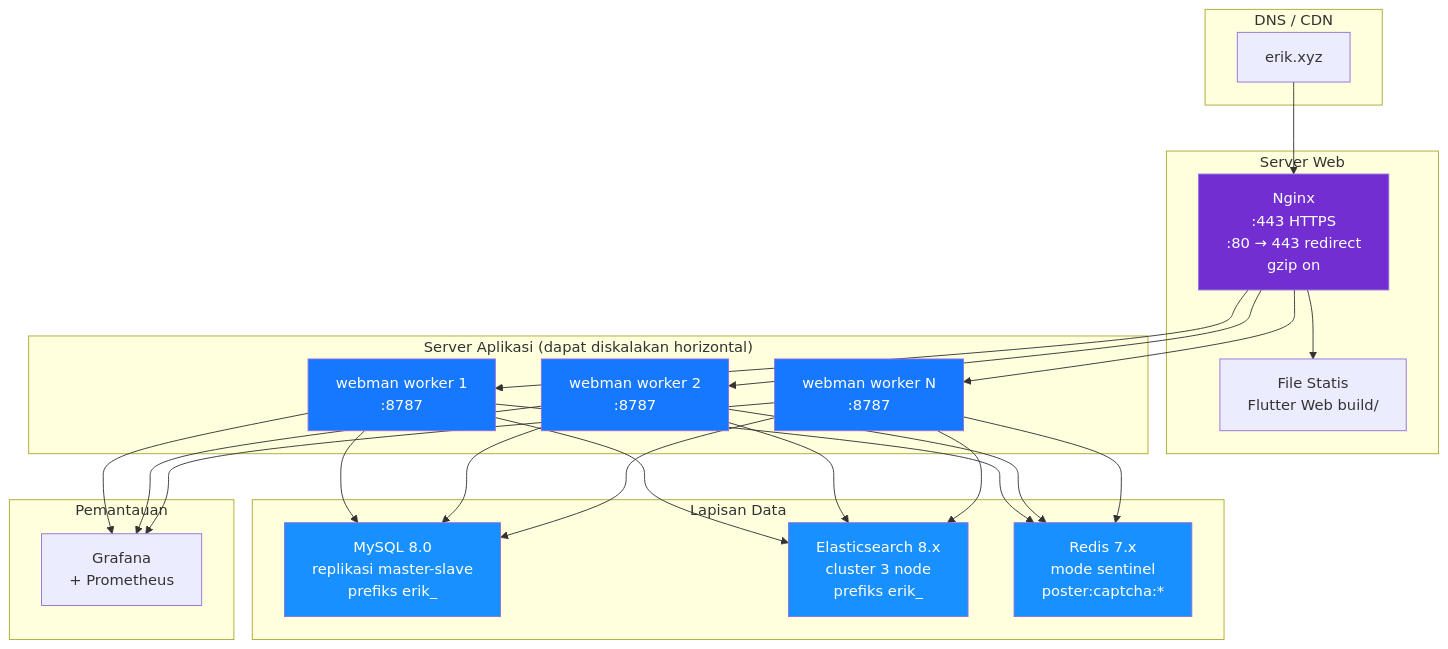
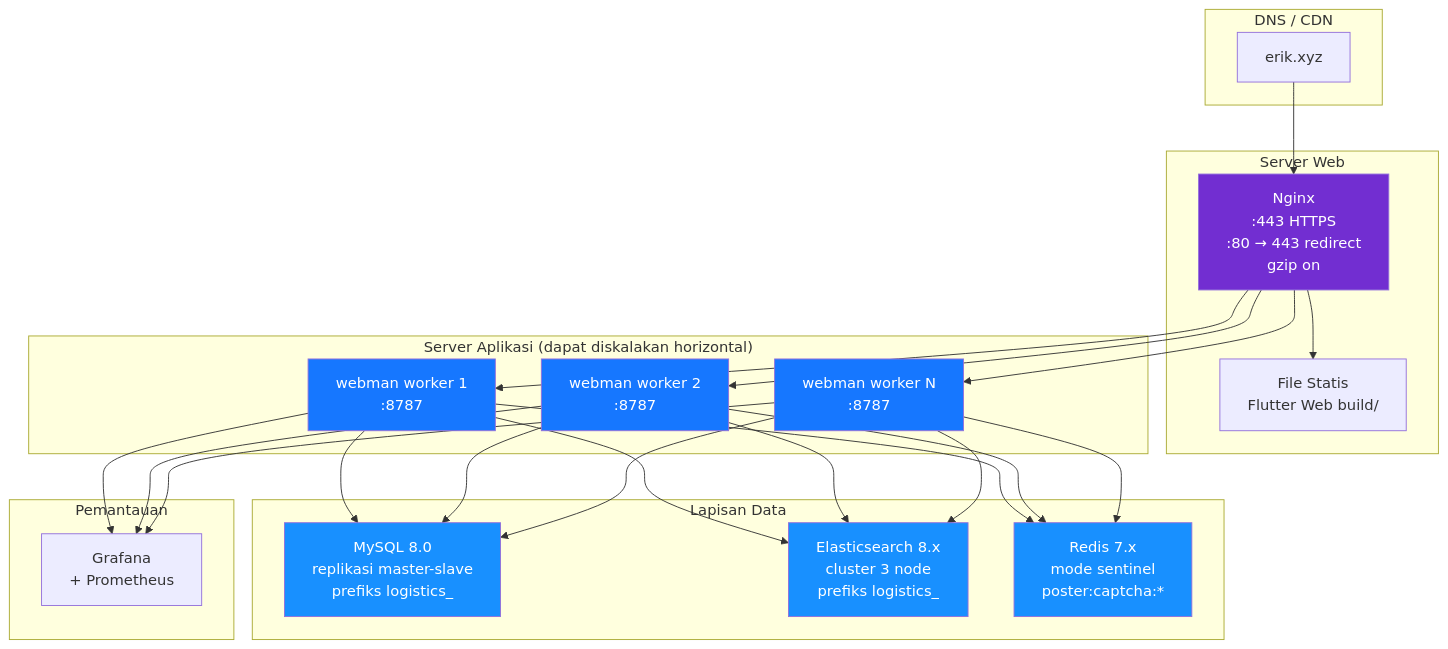
Diagram 14 of 14 in admin/docs/ARCHITECTURE.id.md (erikwang2013/integrated-global-logistics), drawn with Mermaid before and after one commit. The commit also changed other lines of this file and 211 other files, not shown here.

````diff
--- a/admin/docs/ARCHITECTURE.id.md
+++ b/admin/docs/ARCHITECTURE.id.md
@@ -652,43 +652,43 @@
 ```mermaid
 flowchart TB
     subgraph "DNS / CDN"
         DNS["erik.xyz"]
     end
 
     subgraph "Server Web"
         NGX["Nginx<br/>:443 HTTPS<br/>:80 → 443 redirect<br/>gzip on"]
         STA["File Statis<br/>Flutter Web build/"]
     end
 
     subgraph "Server Aplikasi (dapat diskalakan horizontal)"
         WM1["webman worker 1<br/>:8787"]
         WM2["webman worker 2<br/>:8787"]
         WM3["webman worker N<br/>:8787"]
     end
 
     subgraph "Lapisan Data"
-        MYSQL["MySQL 8.0<br/>replikasi master-slave<br/>prefiks erik_"]
-        ES["Elasticsearch 8.x<br/>cluster 3 node<br/>prefiks erik_"]
+        MYSQL["MySQL 8.0<br/>replikasi master-slave<br/>prefiks logistics_"]
+        ES["Elasticsearch 8.x<br/>cluster 3 node<br/>prefiks logistics_"]
         REDIS["Redis 7.x<br/>mode sentinel<br/>poster:captcha:*"]
     end
 
     subgraph "Pemantauan"
         MON["Grafana<br/>+ Prometheus"]
     end
 
     DNS --> NGX
     NGX --> STA
     NGX --> WM1 & WM2 & WM3
     WM1 & WM2 & WM3 --> MYSQL
     WM1 & WM2 & WM3 --> ES
     WM1 & WM2 & WM3 --> REDIS
     WM1 & WM2 & WM3 --> MON
 
     style NGX fill:#722ED1,color:#fff
     style WM1 fill:#1677FF,color:#fff
     style WM2 fill:#1677FF,color:#fff
     style WM3 fill:#1677FF,color:#fff
     style MYSQL fill:#1890FF,color:#fff
     style ES fill:#1890FF,color:#fff
     style REDIS fill:#1890FF,color:#fff
 ```
````
